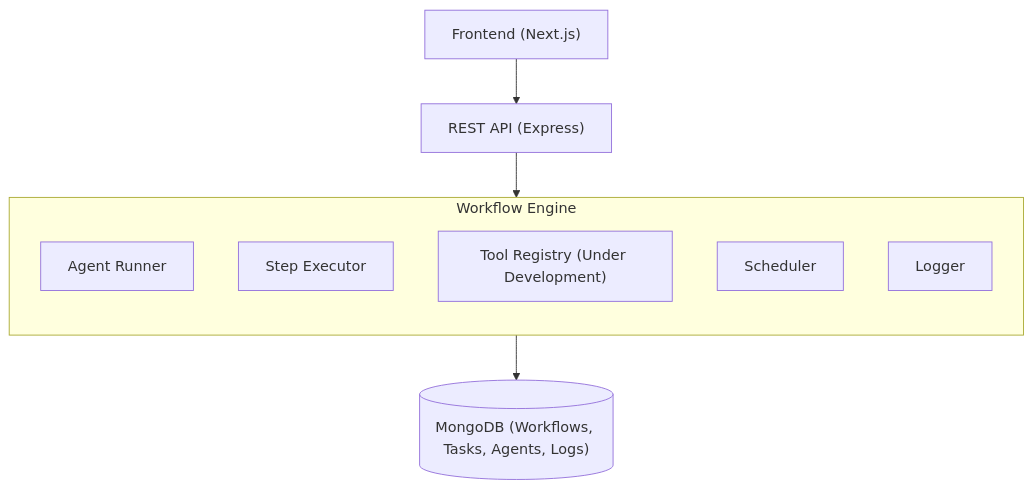
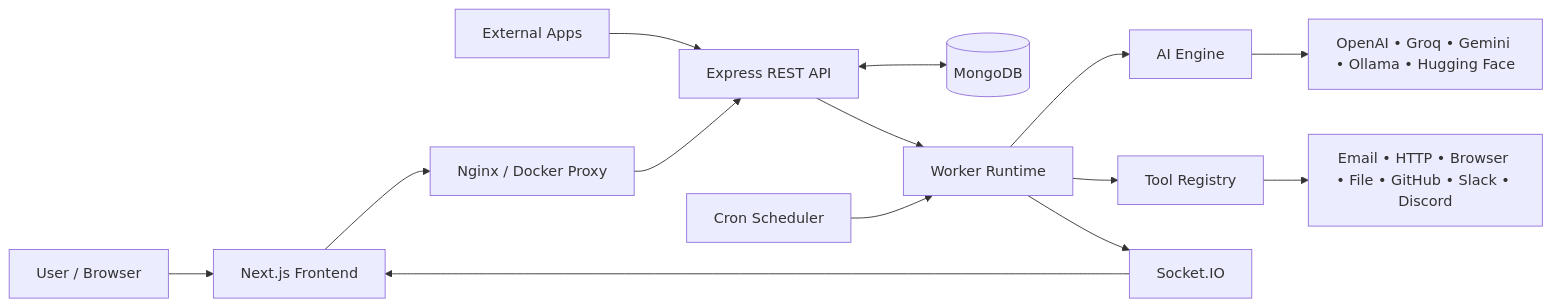
Before and after one commit to vmDeshpande/ai-agent-automation: the diagram in README.md, drawn with Mermaid. The commit also changed other lines of this file and 8 other files, not shown here.

````diff
--- a/README.md
+++ b/README.md
@@ -170,16 +108,24 @@
 ```mermaid
-graph TD
-    Frontend["Frontend (Next.js)"] --> API["REST API (Express)"]
-    API --> Engine
-    
-    subgraph Engine["Workflow Engine"]
-        direction TB
-        AgentRunner["Agent Runner"]
-        StepExecutor["Step Executor"]
-        ToolRegistry["Tool Registry (Under Development)"]
-        Scheduler["Scheduler"]
-        Logger["Logger"]
-    end
-    
-    Engine --> DB[("MongoDB (Workflows, Tasks, Agents, Logs)")]
+flowchart LR
+
+    User["User / Browser"] --> Frontend["Next.js Frontend"]
+    External["External Apps"] --> API
+
+    Frontend --> Proxy["Nginx / Docker Proxy"]
+    Proxy --> API["Express REST API"]
+
+    API <--> DB[("MongoDB")]
+
+    API --> Worker["Worker Runtime"]
+    Worker --> AI["AI Engine"]
+    Worker --> Tools["Tool Registry"]
+
+    Worker --> Socket["Socket.IO"]
+    Socket --> Frontend
+
+    AI --> Providers["OpenAI • Groq • Gemini • Ollama • Hugging Face"]
+
+    Tools --> Integrations["Email • HTTP • Browser • File • GitHub • Slack • Discord"]
+
+    Scheduler["Cron Scheduler"] --> Worker
 ```
````
